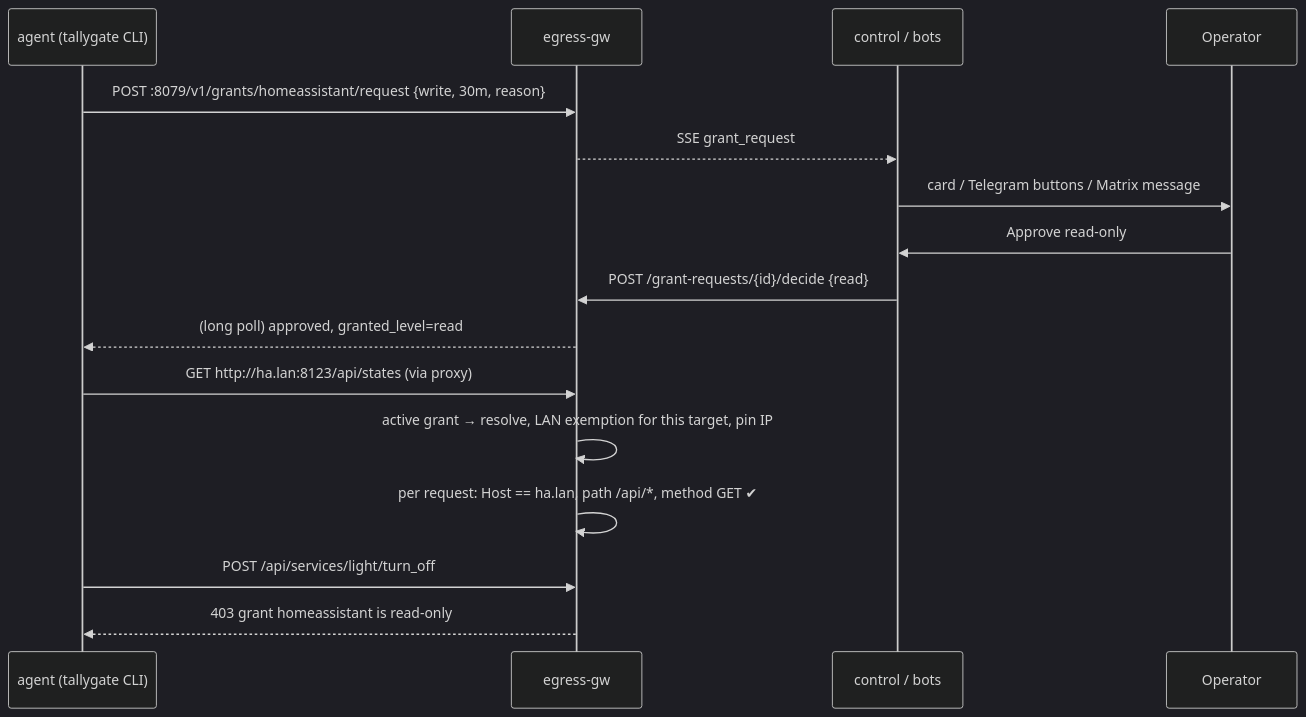
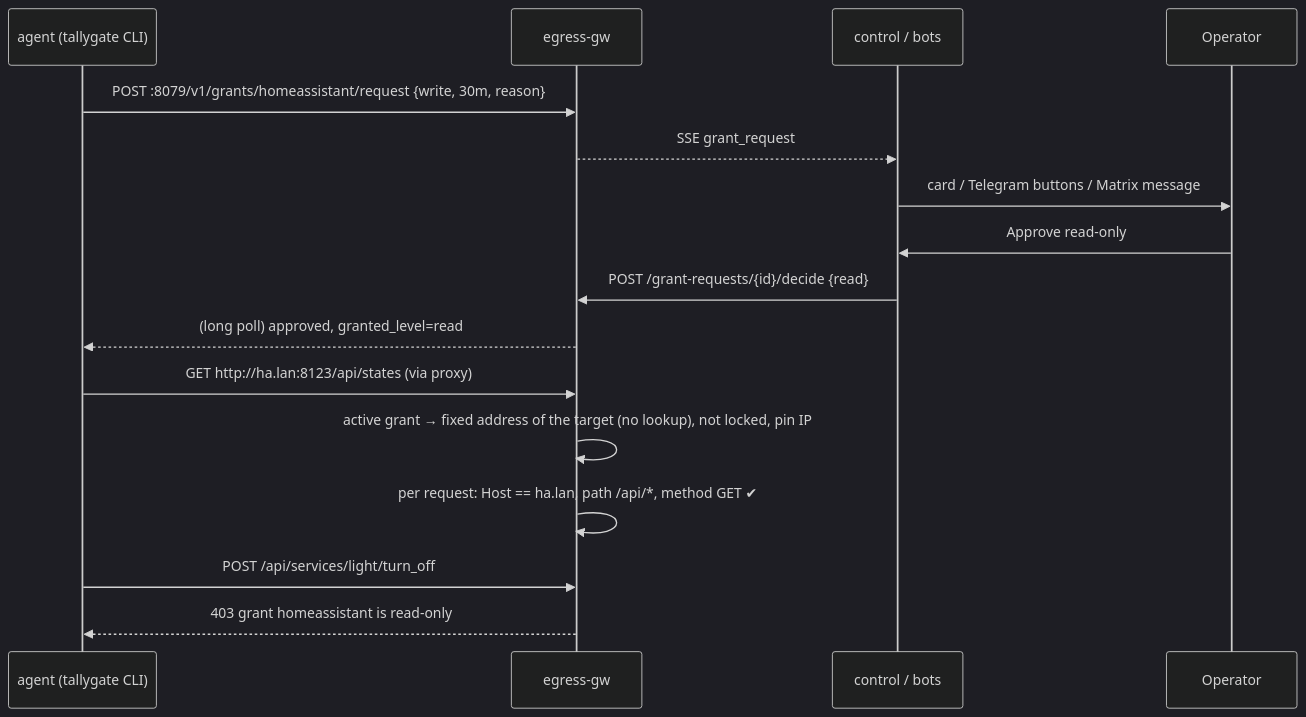
Before and after one commit to PhilippMundhenk/tallygate: the sixth of 6 diagrams in docs/architecture.md, drawn with Mermaid (dark theme). The commit also changed other lines of this file and 13 other files, not shown here.

First line of the commit message:
Architecture, ADR status notes, security review note, changelog annotations (#208)

````diff
--- a/docs/architecture.md
+++ b/docs/architecture.md
@@ -289,18 +327,18 @@
 ```mermaid
 sequenceDiagram
     participant A as agent (tallygate CLI)
     participant G as egress-gw
     participant C as control / bots
     participant H as Operator
     A->>G: POST :8079/v1/grants/homeassistant/request {write, 30m, reason}
     G-->>C: SSE grant_request
     C->>H: card / Telegram buttons / Matrix message
     H->>C: Approve read-only
     C->>G: POST /grant-requests/{id}/decide {read}
     G-->>A: (long poll) approved, granted_level=read
     A->>G: GET http://ha.lan:8123/api/states (via proxy)
-    G->>G: active grant → resolve, LAN exemption for this target, pin IP
+    G->>G: active grant → fixed address of the target (no lookup), not locked, pin IP
     G->>G: per request: Host == ha.lan, path /api/*, method GET ✔
     A->>G: POST /api/services/light/turn_off
     G-->>A: 403 grant homeassistant is read-only
 ```
````
